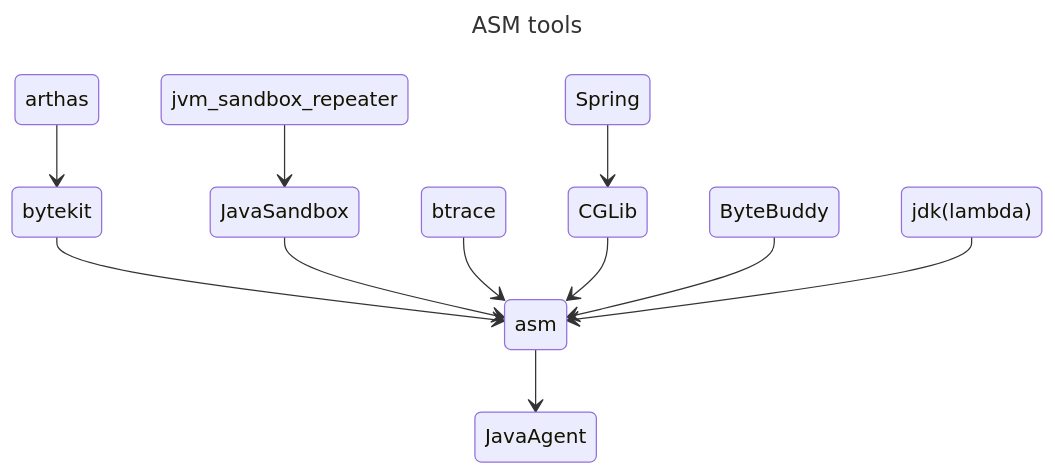
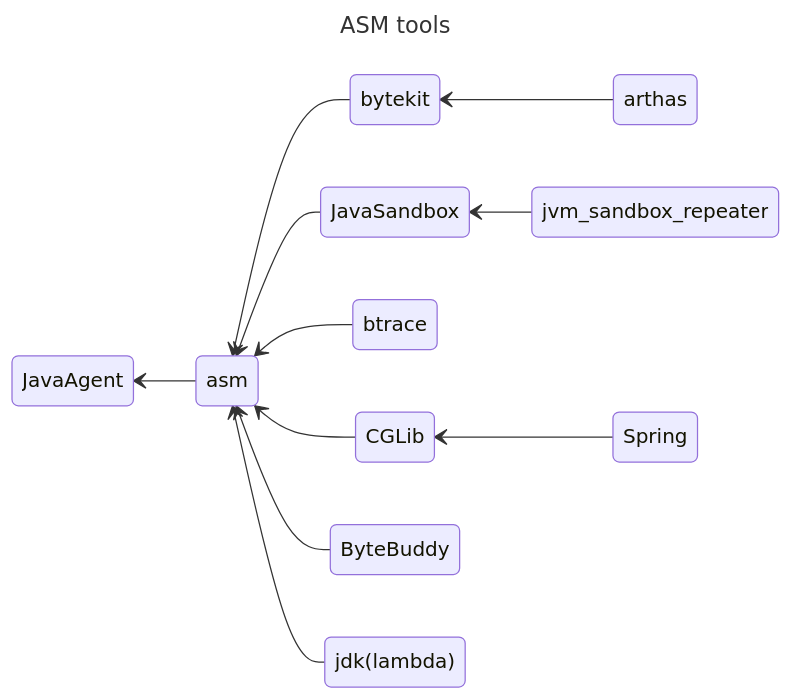
Before and after one commit to deipss/deipss.github.io: the diagram in docs/Sandbox/ASM.md, drawn with Mermaid. The commit also changed other lines of this file, not shown here.

````diff
--- a/docs/Sandbox/ASM.md
+++ b/docs/Sandbox/ASM.md
@@ -11,18 +11,19 @@
 ```mermaid
 ---
 title: ASM tools
 ---
-stateDiagram-v2
+stateDiagram-v2 
+direction RL
   Spring --> CGLib
   jvm_sandbox_repeater --> JavaSandbox
   arthas --> bytekit
   bytekit --> asm
   JavaSandbox --> asm
   btrace --> asm
   CGLib --> asm
   ByteBuddy --> asm
   asm --> JavaAgent
   jdk(lambda) --> asm
 
 
 ```
````
